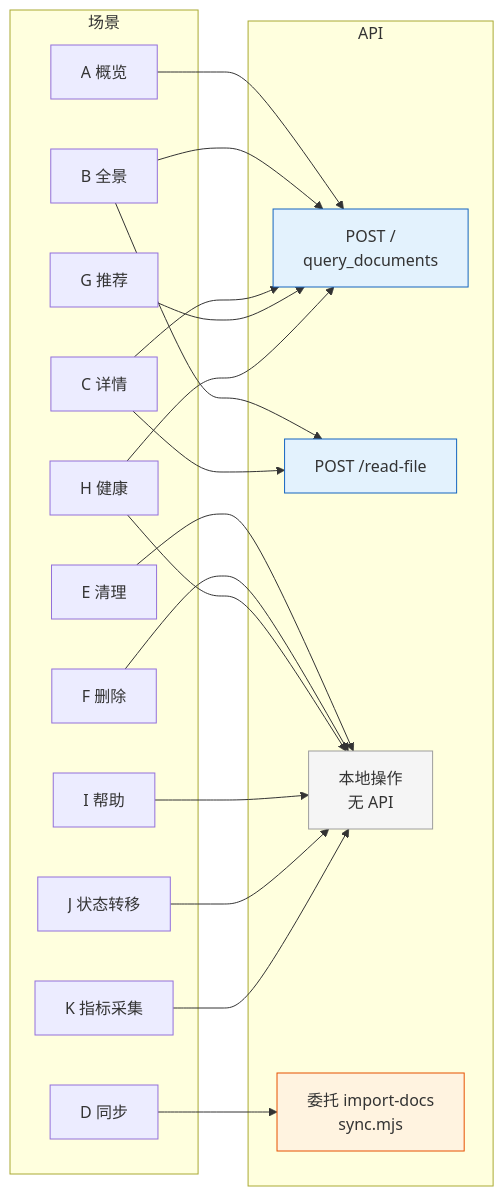
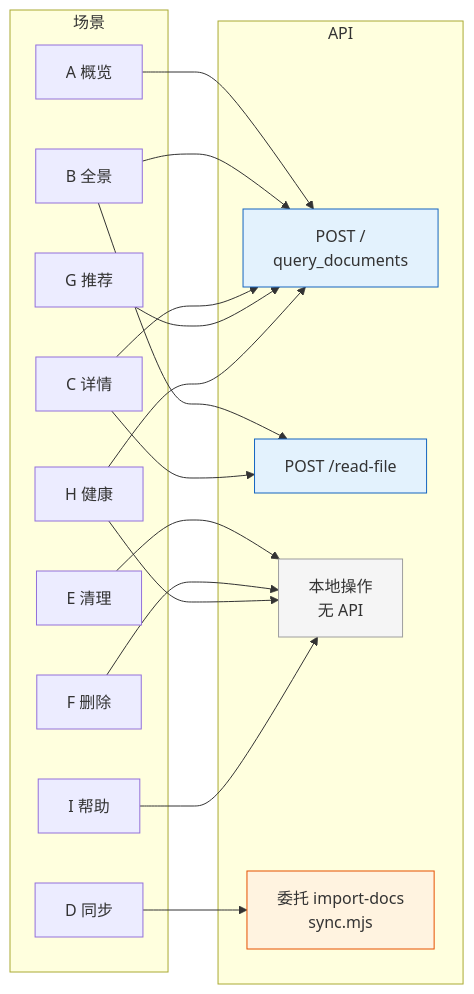
Diagram 11 of 11 in docs/故事任务面板/rui-story/YrY-使用场景.md (effiy/YrY), drawn with Mermaid before and after one commit. The commit also changed other lines of this file and 4 other files, not shown here.

````diff
--- a/docs/故事任务面板/rui-story/YrY-使用场景.md
+++ b/docs/故事任务面板/rui-story/YrY-使用场景.md
@@ -723,45 +646,41 @@
 ```mermaid
 flowchart LR
     subgraph 场景
         A["A 概览"]
         B["B 全景"]
         C["C 详情"]
         D["D 同步"]
         E["E 清理"]
         F["F 删除"]
         G["G 推荐"]
         H["H 健康"]
         I["I 帮助"]
-        J["J 状态转移"]
-        K["K 指标采集"]
     end
 
     subgraph API
         API1["POST /<br/>query_documents"]
         API2["POST /read-file"]
         LOCAL["本地操作<br/>无 API"]
         IMPORT["委托 import-docs<br/>sync.mjs"]
     end
 
     A --> API1
     B --> API1
     B --> API2
     C --> API1
     C --> API2
     D --> IMPORT
     E --> LOCAL
     F --> LOCAL
     G --> API1
     H --> API1
     H --> LOCAL
     I --> LOCAL
-    J --> LOCAL
-    K --> LOCAL
 
     classDef api fill:#e3f2fd,stroke:#1565c0;
     classDef local fill:#f5f5f5,stroke:#9e9e9e;
     classDef import fill:#fff3e0,stroke:#e65100;
     class API1,API2 api;
     class LOCAL local;
     class IMPORT import;
 ```
````
